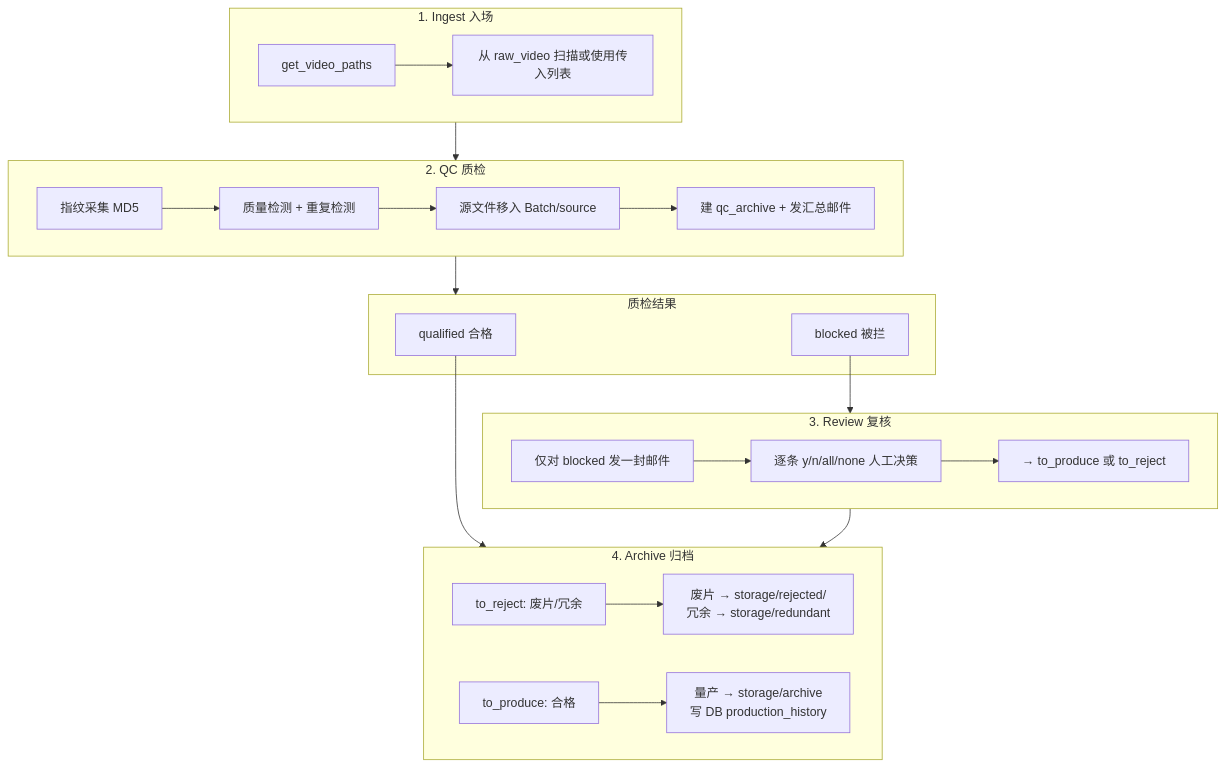
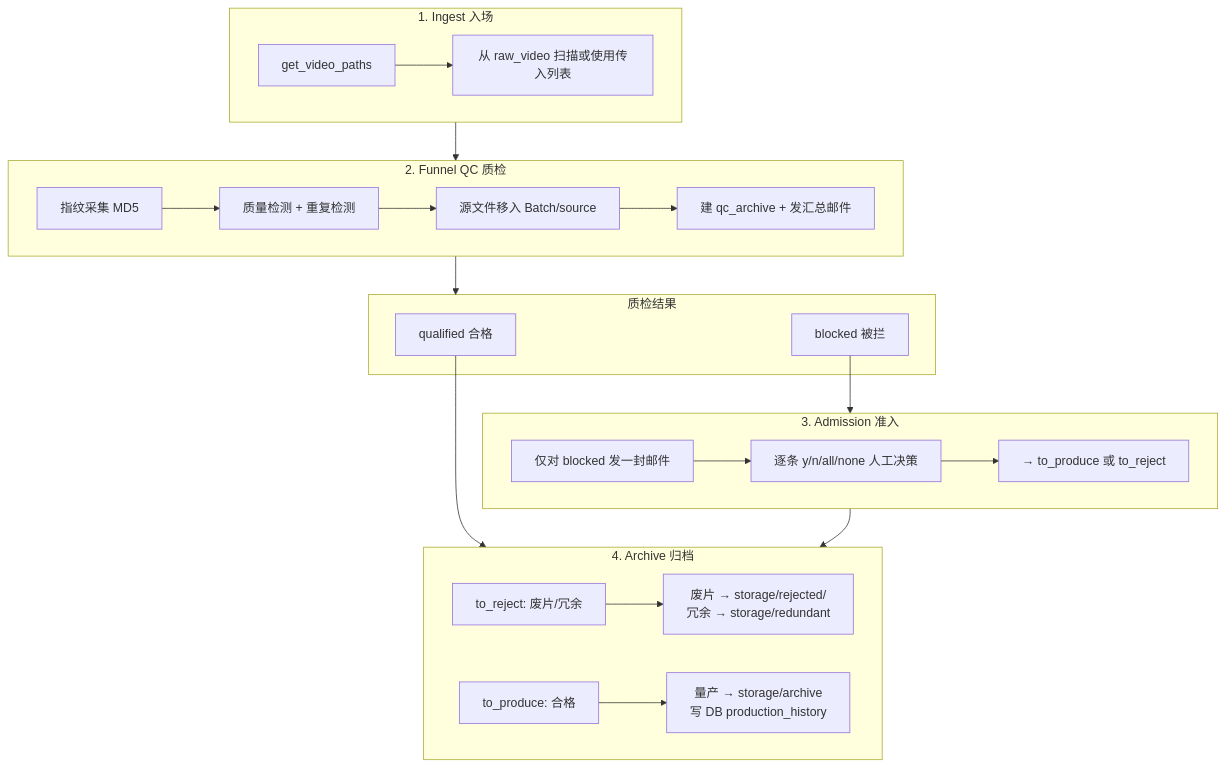
One commit to smileyimao/DataFactory changed the third of 5 diagrams in docs/logic_diagram.md. Above: the diagram before and after it, drawn with Mermaid. The commit also changed other lines of this file and 11 other files, not shown here.

First line of the commit message:
feat(v2.8): Ingest 预检 + 流程命名 (Funnel QC, Admission)

````diff
--- a/docs/logic_diagram.md
+++ b/docs/logic_diagram.md
@@ -52,41 +52,41 @@
 ```mermaid
 flowchart TB
     subgraph ingest["1. Ingest 入场"]
         I1[get_video_paths]
         I2[从 raw_video 扫描或使用传入列表]
         I1 --> I2
     end
 
-    subgraph qc["2. QC 质检"]
+    subgraph qc["2. Funnel QC 质检"]
         Q1[指纹采集 MD5]
         Q2[质量检测 + 重复检测]
         Q3[源文件移入 Batch/source]
         Q4[建 qc_archive + 发汇总邮件]
         Q1 --> Q2 --> Q3 --> Q4
     end
 
     subgraph split["质检结果"]
         S1[qualified 合格]
         S2[blocked 被拦]
     end
 
-    subgraph review["3. Review 复核"]
+    subgraph review["3. Admission 准入"]
         R1[仅对 blocked 发一封邮件]
         R2[逐条 y/n/all/none 人工决策]
         R3[→ to_produce 或 to_reject]
         R1 --> R2 --> R3
     end
 
     subgraph archive["4. Archive 归档"]
         A1[to_reject: 废片/冗余]
         A2[to_produce: 合格]
         A1 --> A1a[废片 → storage/rejected/<br/>冗余 → storage/redundant]
         A2 --> A2a[量产 → storage/archive<br/>写 DB production_history]
     end
 
     ingest --> qc
     qc --> split
     S1 --> archive
     S2 --> review
     review --> archive
 ```
````
